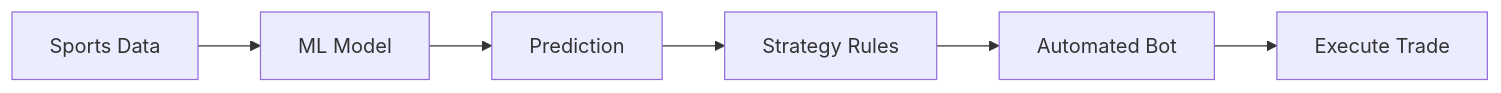
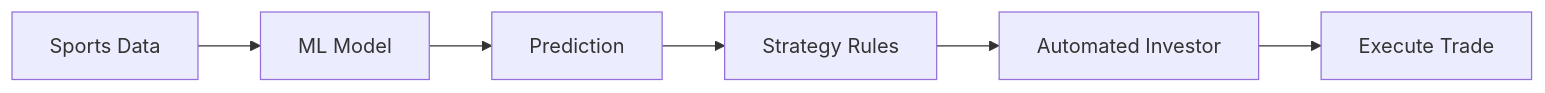
The first of 4 diagrams in QUICK_REFERENCE_GUIDE.md (jslimak2/SI-HQ), drawn with Mermaid before and after one commit. The commit also changed other lines of this file and 20 other files, not shown here.

Commit message:
Update terminology from 'bot' to 'investor' throughout codebase

````diff
--- a/QUICK_REFERENCE_GUIDE.md
+++ b/QUICK_REFERENCE_GUIDE.md
@@ -7,8 +7,8 @@
 ```mermaid
 flowchart LR
     DATA[Sports Data] --> MODEL[ML Model]
     MODEL --> PREDICTION[Prediction]
     PREDICTION --> STRATEGY[Strategy Rules]
-    STRATEGY --> BOT[Automated Bot]
-    BOT --> TRADE[Execute Trade]
+    STRATEGY --> INVESTOR[Automated Investor]
+    INVESTOR --> TRADE[Execute Trade]
 ```
````
